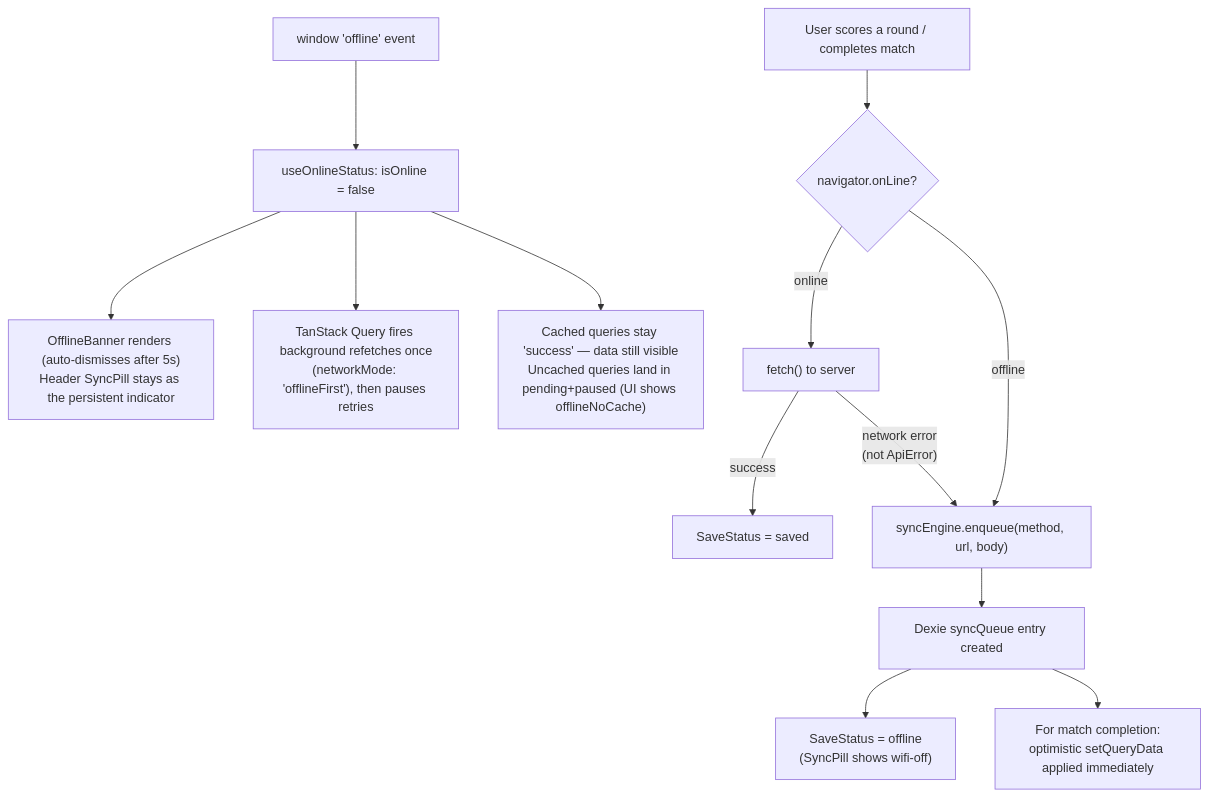
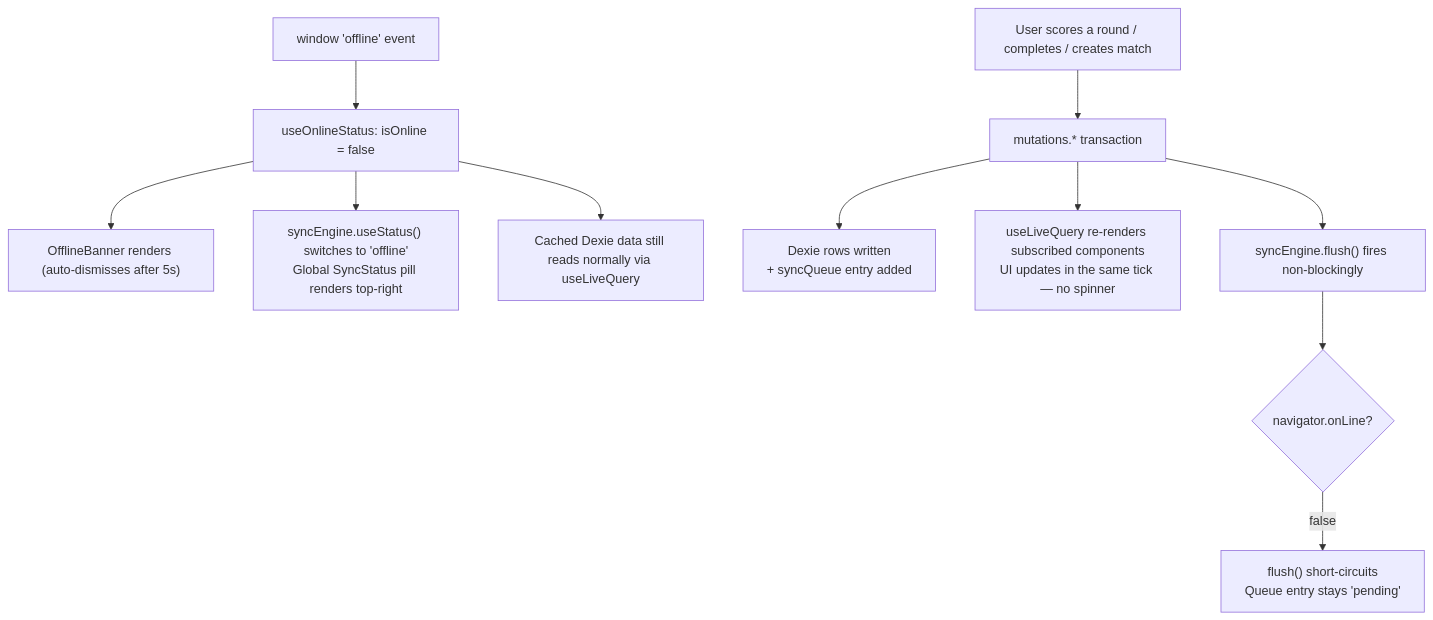
Before and after one commit to jolelievre/on-board: the first of 2 diagrams in docs/offline-architecture.md, drawn with Mermaid. The commit also changed other lines of this file, not shown here.

````diff
--- a/docs/offline-architecture.md
+++ b/docs/offline-architecture.md
@@ -160,16 +272,14 @@
 ```mermaid
 flowchart TD
     A["window 'offline' event"] --> B["useOnlineStatus: isOnline = false"]
-    B --> C["OfflineBanner renders (auto-dismisses after 5s)\nHeader SyncPill stays as the persistent indicator"]
-    B --> D["TanStack Query fires background refetches once\n(networkMode: 'offlineFirst'), then pauses retries"]
-    B --> E["Cached queries stay 'success' — data still visible\nUncached queries land in pending+paused (UI shows offlineNoCache)"]
+    B --> C["OfflineBanner renders (auto-dismisses after 5s)"]
+    B --> D["syncEngine.useStatus() switches to 'offline'\nGlobal SyncStatus pill renders top-right"]
+    B --> E["Cached Dexie data still reads normally via useLiveQuery"]
 
-    F["User scores a round / completes match"] --> G{"navigator.onLine?"}
-    G -- online --> H["fetch() to server"]
-    H -- success --> I["SaveStatus = saved"]
-    H -- "network error\n(not ApiError)" --> J
-    G -- offline --> J["syncEngine.enqueue(method, url, body)"]
-    J --> K["Dexie syncQueue entry created"]
-    K --> L["SaveStatus = offline\n(SyncPill shows wifi-off)"]
-    K --> M["For match completion:\noptimistic setQueryData applied immediately"]
+    F["User scores a round / completes / creates match"] --> G["mutations.* transaction"]
+    G --> H["Dexie rows written\n+ syncQueue entry added"]
+    G --> I["useLiveQuery re-renders subscribed components\nUI updates in the same tick — no spinner"]
+    G --> J["syncEngine.flush() fires non-blockingly"]
+    J --> K{"navigator.onLine?"}
+    K -- "false" --> L["flush() short-circuits\nQueue entry stays 'pending'"]
 ```
````
